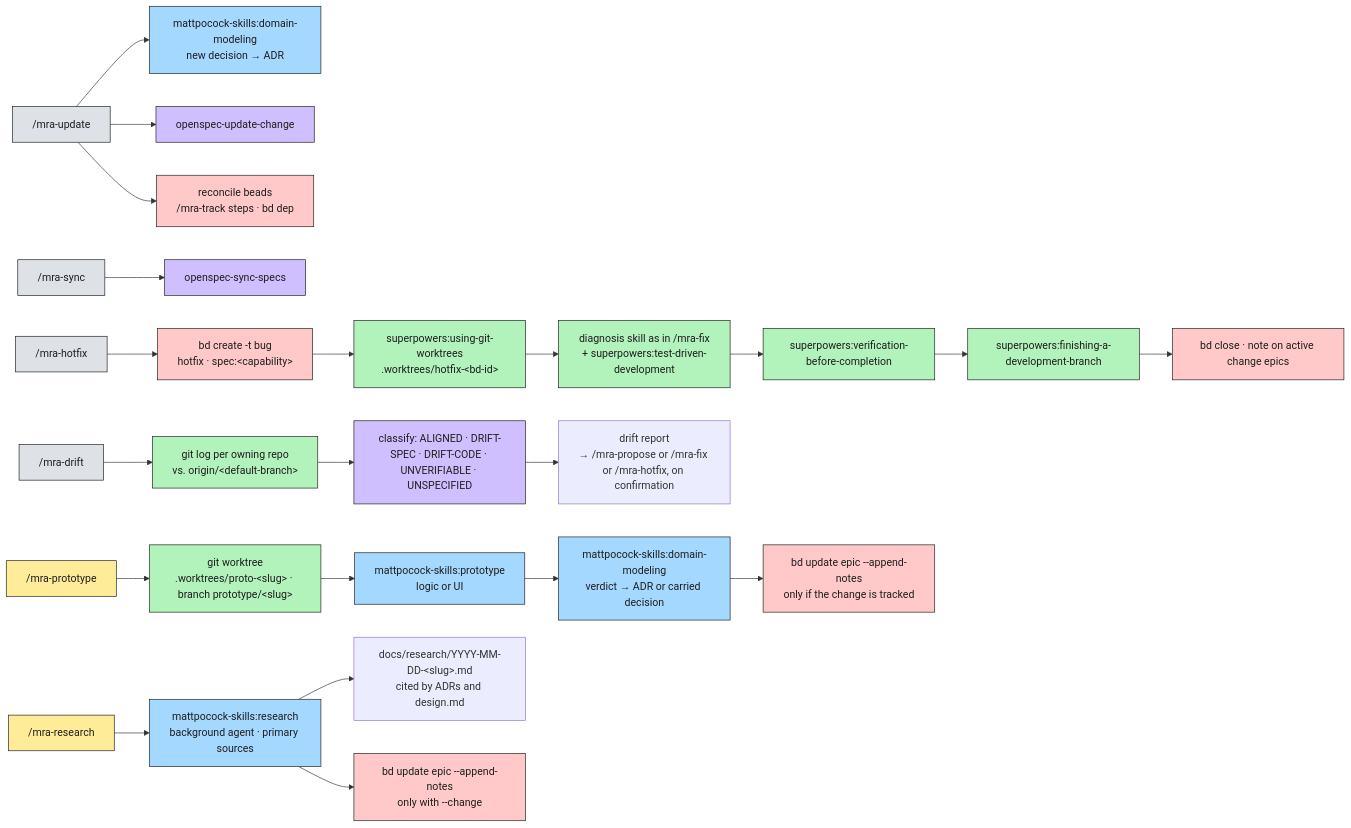
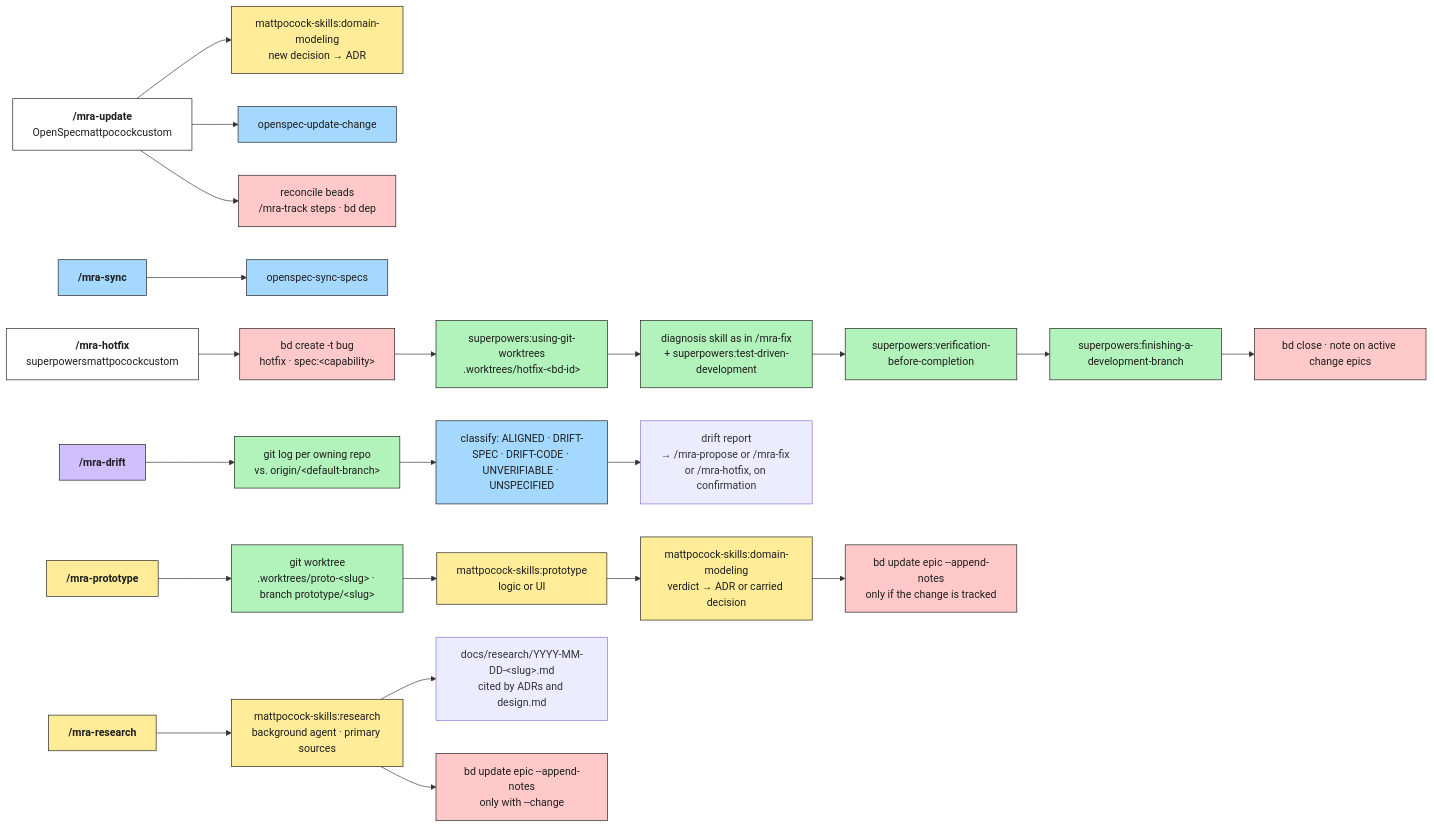
The fourth of 5 diagrams in payload/orchestrator/.mra-flow/docs/mra-flow.md (Ancora-Ancora/mra-flow), drawn with Mermaid before and after one commit. The commit also changed other lines of this file and 3 other files, not shown here.

First line of the commit message:
Colour the workflow diagram by skill family, add an Excalidraw version; release 0.1.18

````diff
--- a/payload/orchestrator/.mra-flow/docs/mra-flow.md
+++ b/payload/orchestrator/.mra-flow/docs/mra-flow.md
@@ -169,30 +197,35 @@
 ```mermaid
+%%{init: {"themeCSS": ".t{font-size:1.25em;font-weight:700} .bos,.bsp,.bmp,.bcu{padding:2px 6px} .bos{background:#a5d8ff} .bsp{background:#b2f2bb} .bmp{background:#ffec99} .bcu{background:#d0bfff}"}}%%
 flowchart LR
-    classDef phase fill:#dee2e6,stroke:#1e1e1e,color:#1e1e1e
+    classDef phase fill:#d0bfff,stroke:#1e1e1e,color:#1e1e1e
+    classDef oswrap fill:#a5d8ff,stroke:#1e1e1e,color:#1e1e1e
+    classDef striped fill:#ffffff,stroke:#1e1e1e,color:#1e1e1e
+    classDef stripedopt fill:#ffffff,stroke:#1e1e1e,stroke-dasharray:5 5,color:#1e1e1e
+    classDef spwrap fill:#b2f2bb,stroke:#1e1e1e,color:#1e1e1e
     classDef mpwrap fill:#ffec99,stroke:#1e1e1e,color:#1e1e1e
     classDef sp fill:#b2f2bb,stroke:#1e1e1e,color:#1e1e1e
-    classDef mp fill:#a5d8ff,stroke:#1e1e1e,color:#1e1e1e
-    classDef os fill:#d0bfff,stroke:#1e1e1e,color:#1e1e1e
+    classDef mp fill:#ffec99,stroke:#1e1e1e,color:#1e1e1e
+    classDef os fill:#a5d8ff,stroke:#1e1e1e,color:#1e1e1e
     classDef bd fill:#ffc9c9,stroke:#1e1e1e,color:#1e1e1e
 
-    up["/mra-update"]:::phase --> up1["mattpocock-skills:domain-modeling<br/>new decision → ADR"]:::mp
+    up["<b class='t'>/mra-update</b><br/><span class='bos'>OpenSpec</span><span class='bmp'>mattpocock</span><span class='bcu'>custom</span>"]:::striped --> up1["mattpocock-skills:domain-modeling<br/>new decision → ADR"]:::mp
     up --> up2["openspec-update-change"]:::os
     up --> up3["reconcile beads<br/>/mra-track steps · bd dep"]:::bd
-    sy["/mra-sync"]:::phase --> sy1["openspec-sync-specs"]:::os
-    hf["/mra-hotfix"]:::phase --> hf1["bd create -t bug<br/>hotfix · spec:#lt;capability#gt;"]:::bd
+    sy["<b class='t'>/mra-sync</b>"]:::oswrap --> sy1["openspec-sync-specs"]:::os
+    hf["<b class='t'>/mra-hotfix</b><br/><span class='bsp'>superpowers</span><span class='bmp'>mattpocock</span><span class='bcu'>custom</span>"]:::striped --> hf1["bd create -t bug<br/>hotfix · spec:#lt;capability#gt;"]:::bd
     hf1 --> hf2["superpowers:using-git-worktrees<br/>.worktrees/hotfix-#lt;bd-id#gt;"]:::sp
     hf2 --> hf3["diagnosis skill as in /mra-fix<br/>+ superpowers:test-driven-development"]:::sp
     hf3 --> hf4["superpowers:verification-before-completion"]:::sp
     hf4 --> hf5["superpowers:finishing-a-development-branch"]:::sp
     hf5 --> hf6["bd close · note on active change epics"]:::bd
-    dr["/mra-drift"]:::phase --> dr1["git log per owning repo<br/>vs. origin/#lt;default-branch#gt;"]:::sp
+    dr["<b class='t'>/mra-drift</b>"]:::phase --> dr1["git log per owning repo<br/>vs. origin/#lt;default-branch#gt;"]:::sp
     dr1 --> dr2["classify: ALIGNED · DRIFT-SPEC · DRIFT-CODE · UNVERIFIABLE · UNSPECIFIED"]:::os
     dr2 --> drA["drift report<br/>→ /mra-propose or /mra-fix or /mra-hotfix, on confirmation"]
-    pt["/mra-prototype"]:::mpwrap --> pt1["git worktree<br/>.worktrees/proto-#lt;slug#gt; · branch prototype/#lt;slug#gt;"]:::sp
+    pt["<b class='t'>/mra-prototype</b>"]:::mpwrap --> pt1["git worktree<br/>.worktrees/proto-#lt;slug#gt; · branch prototype/#lt;slug#gt;"]:::sp
     pt1 --> pt2["mattpocock-skills:prototype<br/>logic or UI"]:::mp
     pt2 --> pt3["mattpocock-skills:domain-modeling<br/>verdict → ADR or carried decision"]:::mp
     pt3 --> pt4["bd update epic --append-notes<br/>only if the change is tracked"]:::bd
-    rs["/mra-research"]:::mpwrap --> rs1["mattpocock-skills:research<br/>background agent · primary sources"]:::mp
+    rs["<b class='t'>/mra-research</b>"]:::mpwrap --> rs1["mattpocock-skills:research<br/>background agent · primary sources"]:::mp
     rs1 --> rsA["docs/research/YYYY-MM-DD-#lt;slug#gt;.md<br/>cited by ADRs and design.md"]
     rs1 --> rs2["bd update epic --append-notes<br/>only with --change"]:::bd
 ```
````
